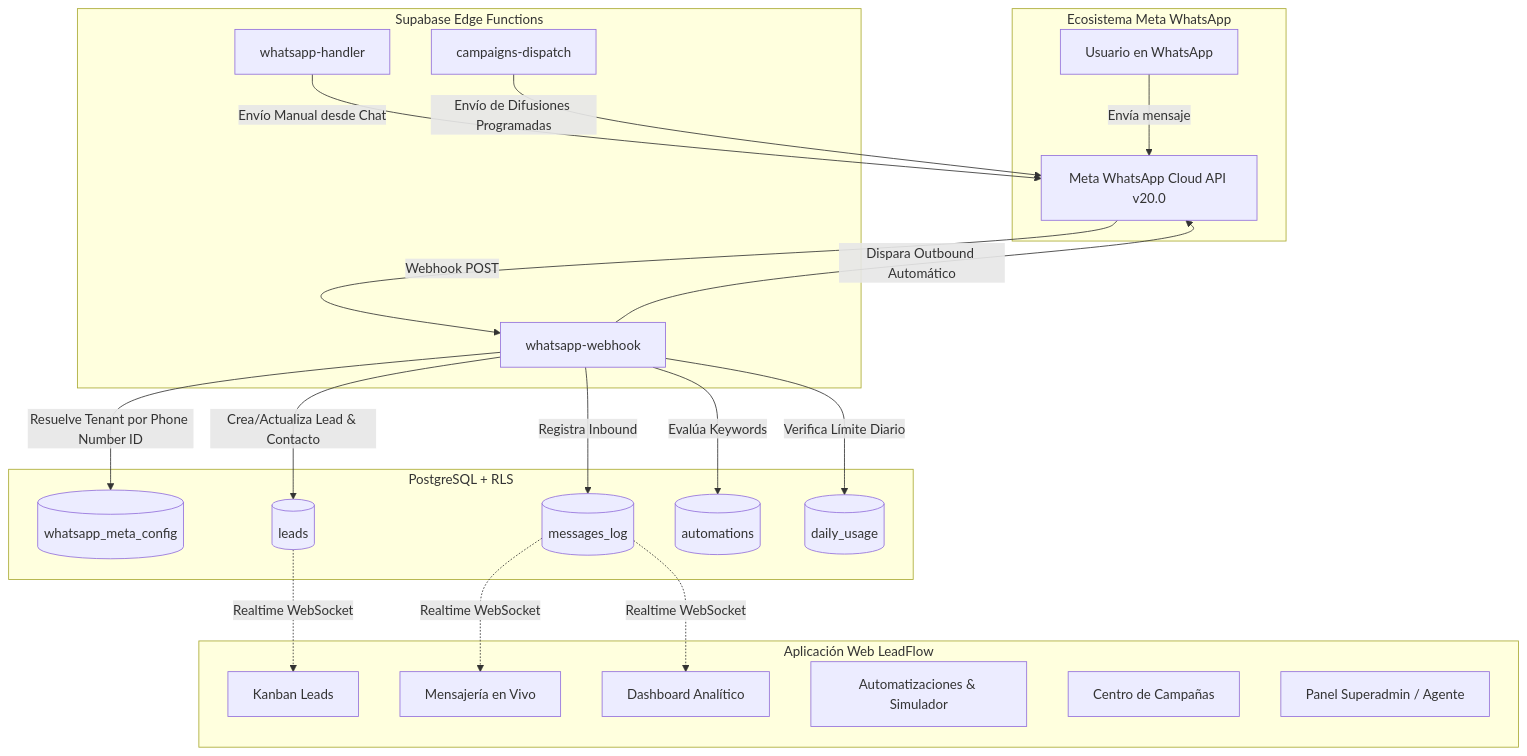
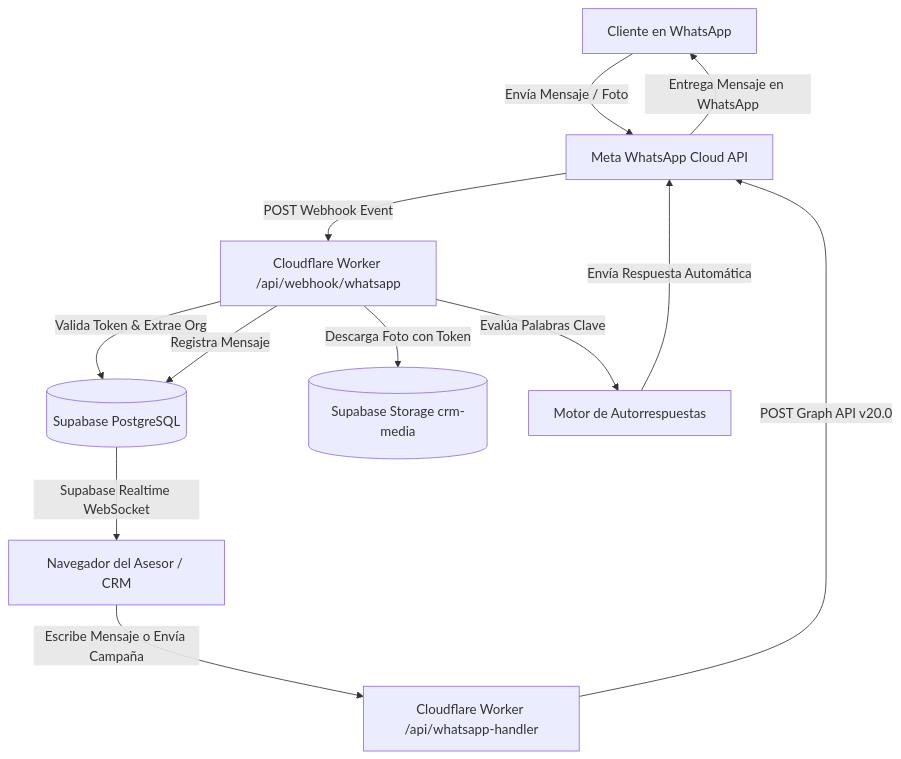
One commit to zyrenvortexff-beep/leadflow-ultra-crm changed the diagram in ANALISIS_ARQUITECTURA_CRM_LEADFLOW.md. Above: the diagram before and after it, drawn with Mermaid. The commit also changed other lines of this file and 1 other file, not shown here.

Commit message:
docs: update architecture and add AI autonomous deployment guide

````diff
--- a/ANALISIS_ARQUITECTURA_CRM_LEADFLOW.md
+++ b/ANALISIS_ARQUITECTURA_CRM_LEADFLOW.md
@@ -132,46 +117,17 @@
 ```mermaid
-flowchart TD
-    subgraph Meta [Ecosistema Meta WhatsApp]
-        UserWA[Usuario en WhatsApp]
-        MetaCloud[Meta WhatsApp Cloud API v20.0]
-    end
-
-    subgraph EdgeFunctions [Supabase Edge Functions]
-        Webhook[whatsapp-webhook]
-        Handler[whatsapp-handler]
-        Dispatch[campaigns-dispatch]
-    end
-
-    subgraph Database [PostgreSQL + RLS]
-        OrgConfig[(whatsapp_meta_config)]
-        AutoTable[(automations)]
-        LeadsTable[(leads)]
-        MsgLog[(messages_log)]
-        UsageTable[(daily_usage)]
-    end
-
-    subgraph FrontendApp [Aplicación Web LeadFlow]
-        Dashboard[Dashboard Analítico]
-        Kanban[Kanban Leads]
-        Chat[Mensajería en Vivo]
-        AutoUI[Automatizaciones & Simulador]
-        CampaignUI[Centro de Campañas]
-        AdminUI[Panel Superadmin / Agente]
-    end
-
-    UserWA -->|Envía mensaje| MetaCloud
-    MetaCloud -->|Webhook POST| Webhook
-    Webhook -->|Resuelve Tenant por Phone Number ID| OrgConfig
-    Webhook -->|Crea/Actualiza Lead & Contacto| LeadsTable
-    Webhook -->|Registra Inbound| MsgLog
-    Webhook -->|Evalúa Keywords| AutoTable
-    Webhook -->|Verifica Límite Diario| UsageTable
-    Webhook -->|Dispara Outbound Automático| MetaCloud
+graph TD
+    UserClient[Cliente en WhatsApp] -->|Envía Mensaje / Foto| MetaCloudAPI[Meta WhatsApp Cloud API]
+    MetaCloudAPI -->|POST Webhook Event| CFWebhook[Cloudflare Worker /api/webhook/whatsapp]
     
-    Handler -->|Envío Manual desde Chat| MetaCloud
-    Dispatch -->|Envío de Difusiones Programadas| MetaCloud
+    CFWebhook -->|Valida Token & Extrae Org| DB[(Supabase PostgreSQL)]
+    CFWebhook -->|Descarga Foto con Token| Storage[(Supabase Storage crm-media)]
+    CFWebhook -->|Evalúa Palabras Clave| AutoBot[Motor de Autorrespuestas]
+    AutoBot -->|Envía Respuesta Automática| MetaCloudAPI
     
-    MsgLog -.->|Realtime WebSocket| Chat
-    LeadsTable -.->|Realtime WebSocket| Kanban
-    MsgLog -.->|Realtime WebSocket| Dashboard
+    CFWebhook -->|Registra Mensaje| DB
+    DB -->|Supabase Realtime WebSocket| CRMClient[Navegador del Asesor / CRM]
+    
+    CRMClient -->|Escribe Mensaje o Envía Campaña| CFHandler[Cloudflare Worker /api/whatsapp-handler]
+    CFHandler -->|POST Graph API v20.0| MetaCloudAPI
+    MetaCloudAPI -->|Entrega Mensaje en WhatsApp| UserClient
 ```
````
